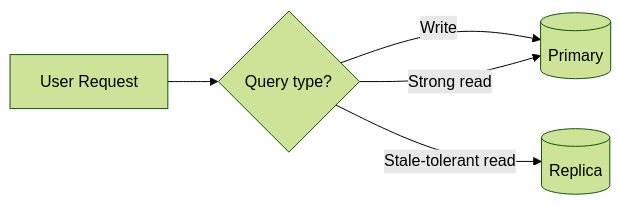
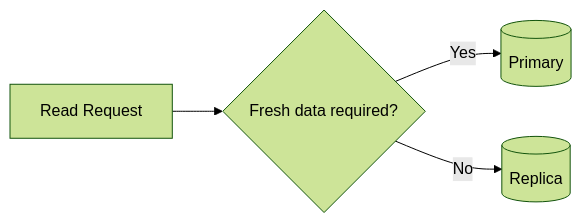
One commit to AvadhBhalodiya/Interview-Preparation changed the fourth of 12 diagrams in src/content/databases/replication-sharding-partitioning.md. Above: the diagram before and after it, drawn with Mermaid (forest theme). The commit also changed other lines of this file and 80 other files, not shown here.

````diff
--- a/src/content/databases/replication-sharding-partitioning.md
+++ b/src/content/databases/replication-sharding-partitioning.md
@@ -292,7 +275,6 @@
 ```mermaid
 flowchart LR
-    U[User Request] --> ROUTER{Query type?}
-    ROUTER -->|Write| P[(Primary)]
-    ROUTER -->|Strong read| P
-    ROUTER -->|Stale-tolerant read| R[(Replica)]
+    REQ[Read Request] --> Q{Fresh data required?}
+    Q -->|Yes| P[(Primary)]
+    Q -->|No| R[(Replica)]
 ```
````
